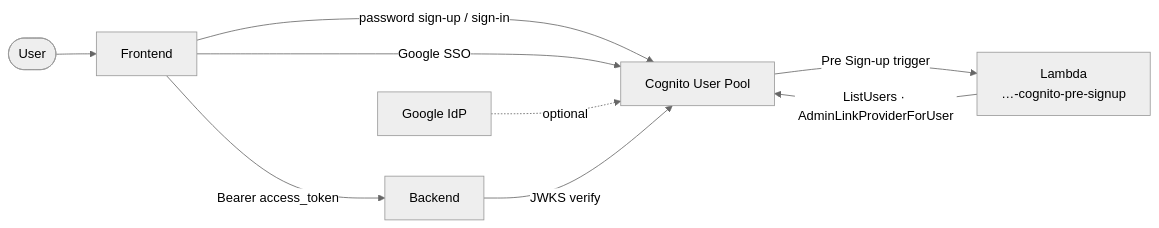
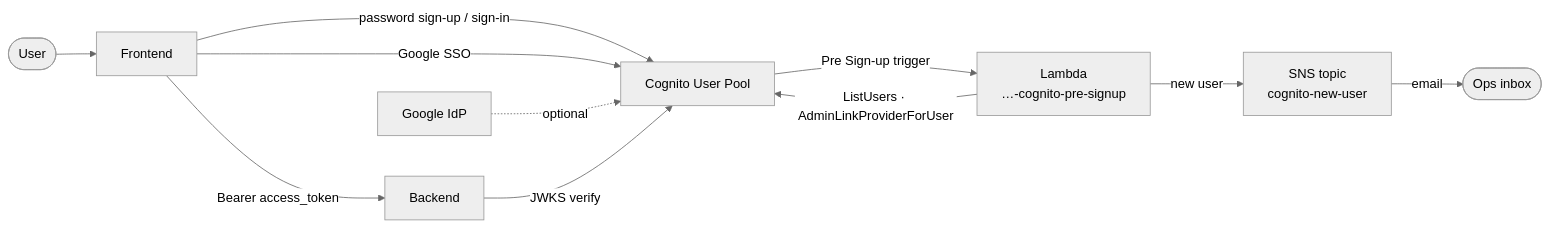
Before and after one commit to mazarsju/teacher-wang-infra: the third of 9 diagrams in docs/architecture.md, drawn with Mermaid (neutral theme). The commit also changed other lines of this file and 5 other files, not shown here.

Commit message:
Make repo efficiently managed by Claude, update documentation based on the previous work on SNS and Cognito

````diff
--- a/docs/architecture.md
+++ b/docs/architecture.md
@@ -65,11 +69,13 @@
 ```mermaid
 flowchart LR
   User([User]) --> FE[Frontend]
   FE -->|password sign-up / sign-in| Pool[Cognito User Pool]
   FE -->|Google SSO| Pool
   Google[Google IdP] -.->|optional| Pool
   Pool -->|Pre Sign-up trigger| Lambda["Lambda<br/>…-cognito-pre-signup"]
   Lambda -->|ListUsers · AdminLinkProviderForUser| Pool
+  Lambda -->|new user| SNS["SNS topic<br/>cognito-new-user"]
+  SNS -->|email| Ops([Ops inbox])
   FE -->|Bearer access_token| BE[Backend]
   BE -->|JWKS verify| Pool
 ```
````
